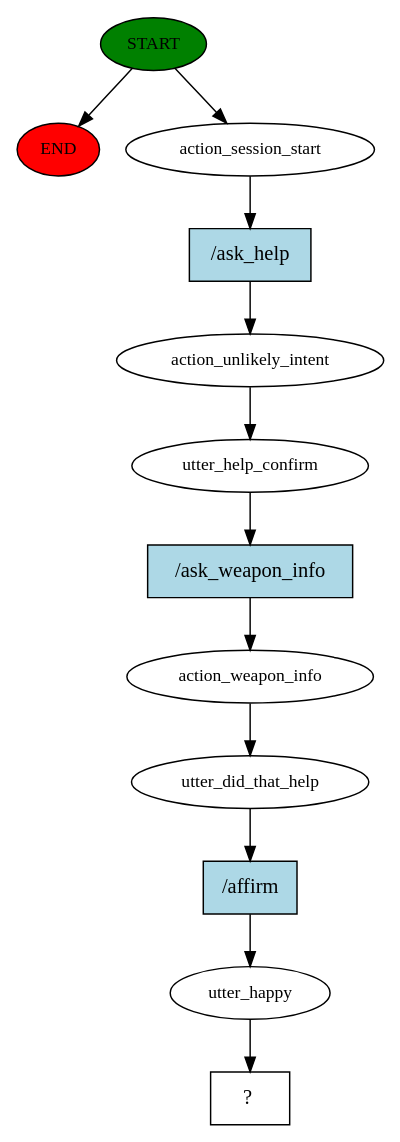
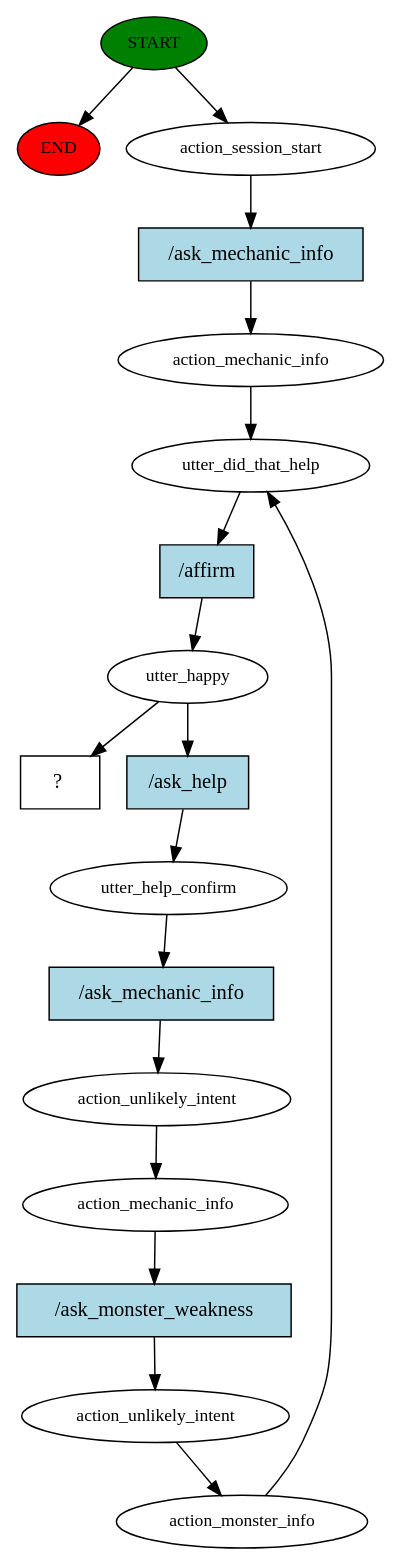
Before and after one commit to VictorQ1/PalicoBot: the diagram in story_graph.dot, drawn with Graphviz. The commit also changed 255 other files, not shown here.

```diff
--- a/story_graph.dot
+++ b/story_graph.dot
@@ -1,25 +1,36 @@
 digraph  {
 0 [class="start active", fillcolor=green, fontsize=12, label=START, style=filled];
 "-1" [class=end, fillcolor=red, fontsize=12, label=END, style=filled];
 1 [class=active, fontsize=12, label=action_session_start];
-2 [class=active, fontsize=12, label=action_unlikely_intent];
-3 [class=active, fontsize=12, label=utter_help_confirm];
-4 [class=active, fontsize=12, label=action_weapon_info];
-5 [class=active, fontsize=12, label=utter_did_that_help];
-6 [class=active, fontsize=12, label=utter_happy];
-7 [class="intent dashed active", label="  ?  ", shape=rect];
-8 [class="intent active", fillcolor=lightblue, label="/ask_help", shape=rect, style=filled];
-9 [class="intent active", fillcolor=lightblue, label="/ask_weapon_info", shape=rect, style=filled];
-10 [class="intent active", fillcolor=lightblue, label="/affirm", shape=rect, style=filled];
+2 [class=active, fontsize=12, label=action_mechanic_info];
+3 [class=active, fontsize=12, label=utter_did_that_help];
+4 [class=active, fontsize=12, label=utter_happy];
+5 [class=active, fontsize=12, label=utter_help_confirm];
+6 [class=active, fontsize=12, label=action_unlikely_intent];
+7 [class=active, fontsize=12, label=action_mechanic_info];
+8 [class=active, fontsize=12, label=action_unlikely_intent];
+9 [class=active, fontsize=12, label=action_monster_info];
+12 [class="intent dashed active", label="  ?  ", shape=rect];
+13 [class="intent active", fillcolor=lightblue, label="/ask_mechanic_info", shape=rect, style=filled];
+14 [class="intent active", fillcolor=lightblue, label="/affirm", shape=rect, style=filled];
+15 [class="intent active", fillcolor=lightblue, label="/ask_help", shape=rect, style=filled];
+16 [class="intent active", fillcolor=lightblue, label="/ask_mechanic_info", shape=rect, style=filled];
+17 [class="intent active", fillcolor=lightblue, label="/ask_monster_weakness", shape=rect, style=filled];
 0 -> "-1"  [class="", key=NONE, label=""];
 0 -> 1  [class=active, key=NONE, label=""];
-1 -> 8  [class=active, key=0];
+1 -> 13  [class=active, key=0];
 2 -> 3  [class=active, key=NONE, label=""];
-3 -> 9  [class=active, key=0];
-4 -> 5  [class=active, key=NONE, label=""];
-5 -> 10  [class=active, key=0];
+3 -> 14  [class=active, key=0];
+4 -> 12  [class=active, key=NONE, label=""];
+4 -> 15  [class=active, key=0];
+5 -> 16  [class=active, key=0];
 6 -> 7  [class=active, key=NONE, label=""];
-8 -> 2  [class=active, key=0];
-9 -> 4  [class=active, key=0];
-10 -> 6  [class=active, key=0];
+7 -> 17  [class=active, key=0];
+8 -> 9  [class=active, key=NONE, label=""];
+9 -> 3  [class=active, key=NONE, label=""];
+13 -> 2  [class=active, key=0];
+14 -> 4  [class=active, key=0];
+15 -> 5  [class=active, key=0];
+16 -> 6  [class=active, key=0];
+17 -> 8  [class=active, key=0];
 }
```
